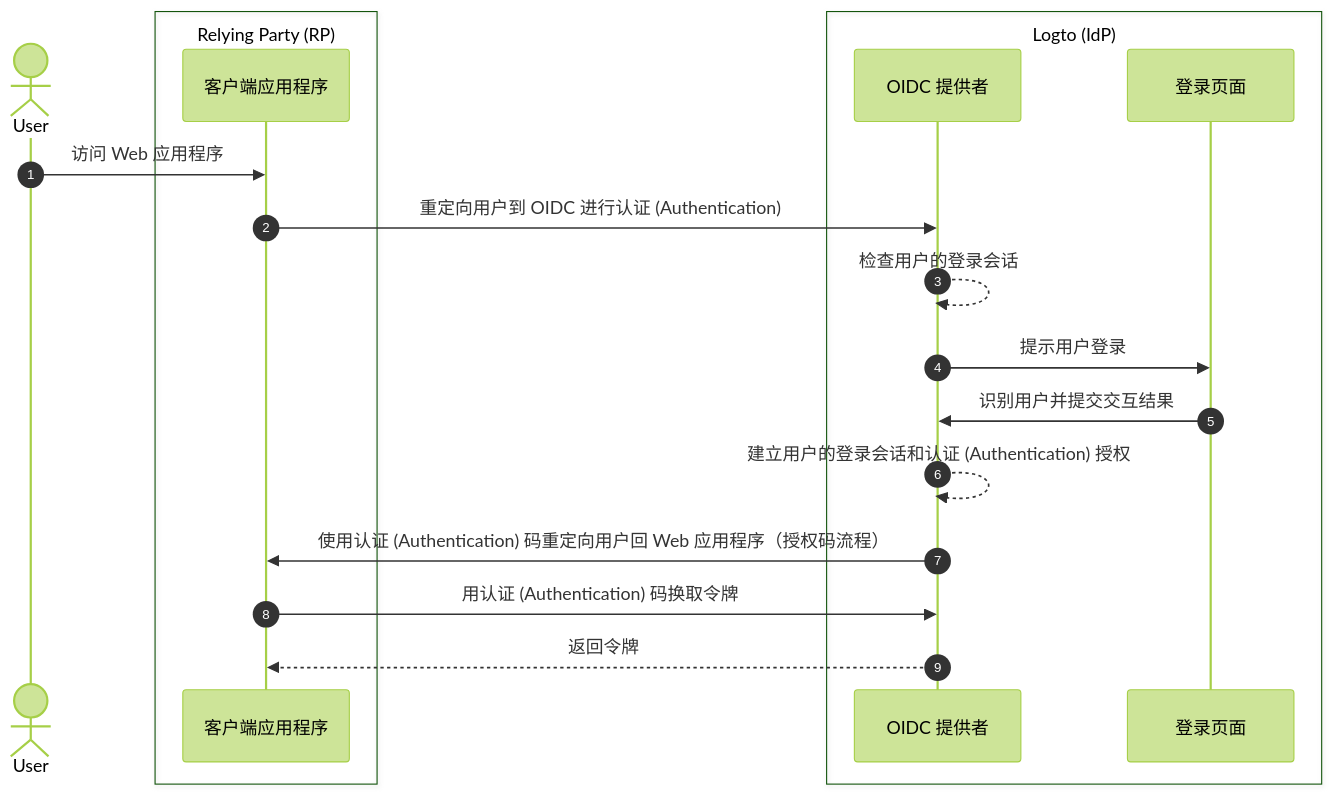
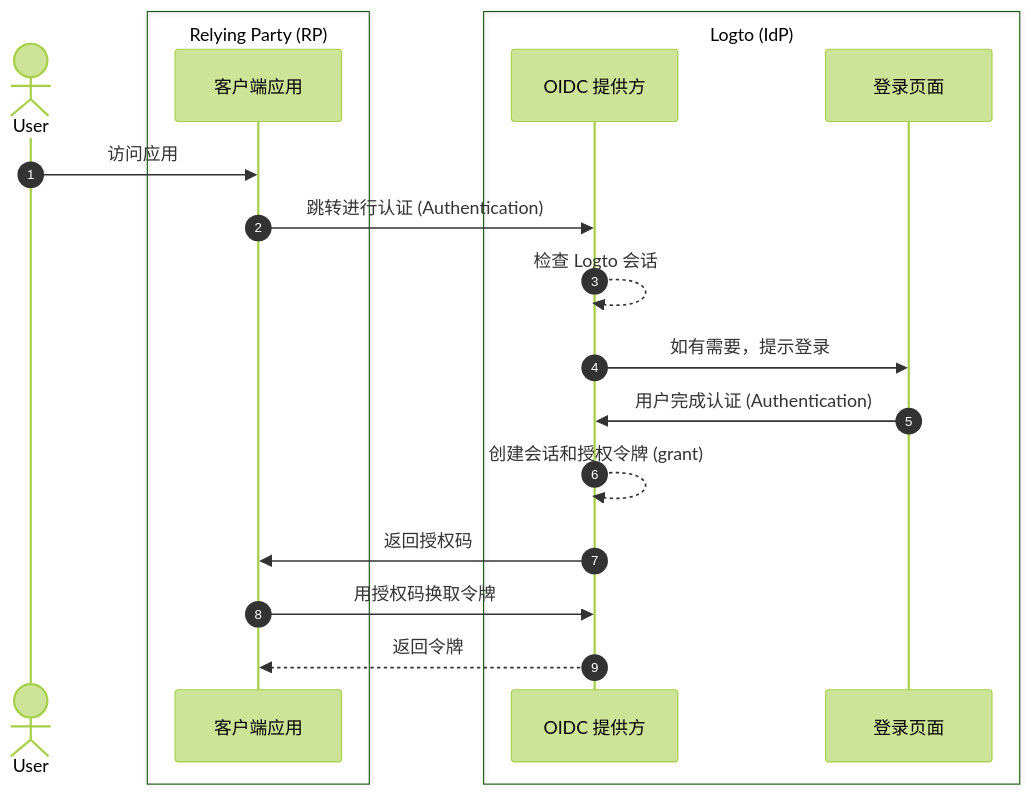
One commit to logto-io/docs changed the second of 5 diagrams in i18n/zh-CN/docusaurus-plugin-content-docs/current/end-user-flows/sign-out.mdx. Above: the diagram before and after it, drawn with Mermaid (forest theme). The commit also changed other lines of this file and 74 other files, not shown here.

````diff
--- a/i18n/zh-CN/docusaurus-plugin-content-docs/current/end-user-flows/sign-out.mdx
+++ b/i18n/zh-CN/docusaurus-plugin-content-docs/current/end-user-flows/sign-out.mdx
@@ -13,24 +62,24 @@
 ```mermaid
-  sequenceDiagram
-    autonumber
-    actor User
+sequenceDiagram
+  autonumber
+  actor User
 
-    box Relying Party (RP)
-      participant Client as 客户端应用程序
-    end
+  box Relying Party (RP)
+    participant Client as 客户端应用
+  end
 
-    box Logto (IdP)
-      participant OIDC as OIDC 提供者
-      participant SignIn as 登录页面
-    end
+  box Logto (IdP)
+    participant OIDC as OIDC 提供方
+    participant SignIn as 登录页面
+  end
 
-    User ->> Client: 访问 Web 应用程序
-    Client ->> OIDC: 重定向用户到 OIDC 进行认证 (Authentication)
-    OIDC -->> OIDC: 检查用户的登录会话
-    OIDC ->> SignIn: 提示用户登录
-    SignIn ->> OIDC: 识别用户并提交交互结果
-    OIDC -->> OIDC: 建立用户的登录会话和认证 (Authentication) 授权
-    OIDC ->> Client: 使用认证 (Authentication) 码重定向用户回 Web 应用程序（授权码流程）
-    Client ->> OIDC: 用认证 (Authentication) 码换取令牌
-    OIDC -->> Client: 返回令牌
+  User ->> Client: 访问应用
+  Client ->> OIDC: 跳转进行认证 (Authentication)
+  OIDC -->> OIDC: 检查 Logto 会话
+  OIDC ->> SignIn: 如有需要，提示登录
+  SignIn ->> OIDC: 用户完成认证 (Authentication)
+  OIDC -->> OIDC: 创建会话和授权令牌 (grant)
+  OIDC ->> Client: 返回授权码
+  Client ->> OIDC: 用授权码换取令牌
+  OIDC -->> Client: 返回令牌
 ```
````
